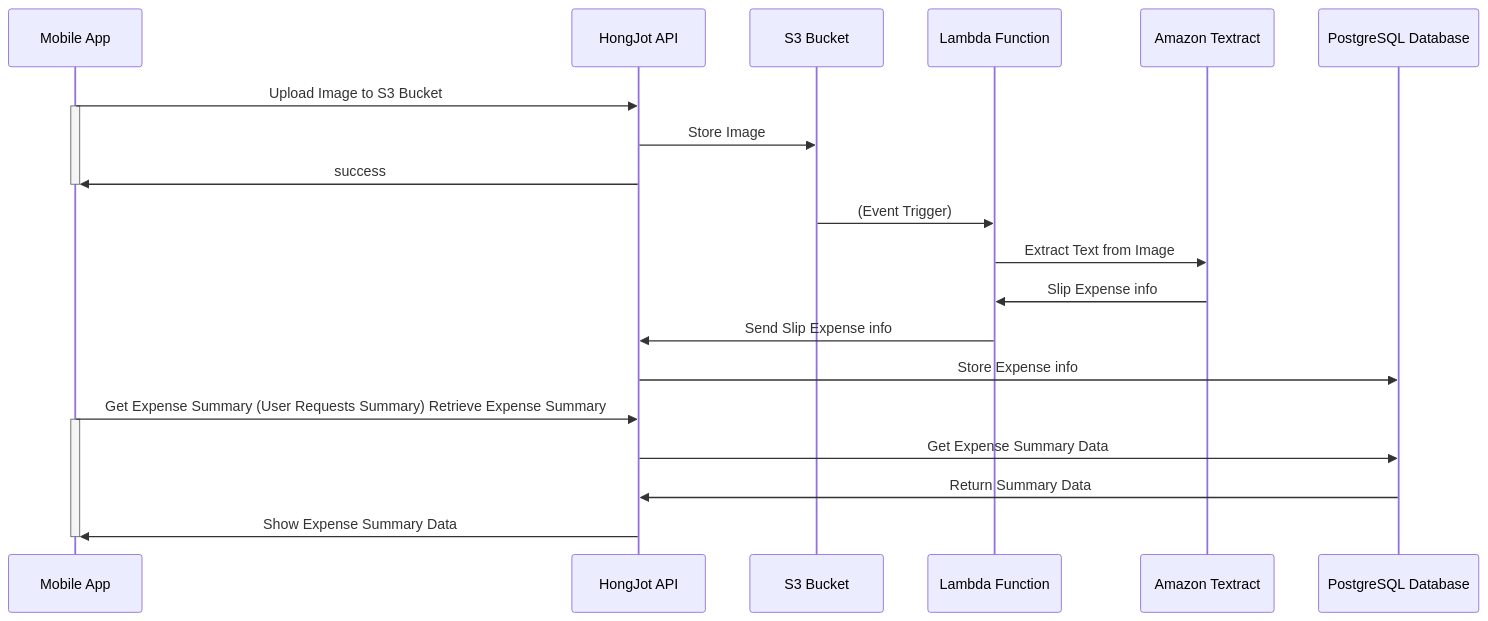
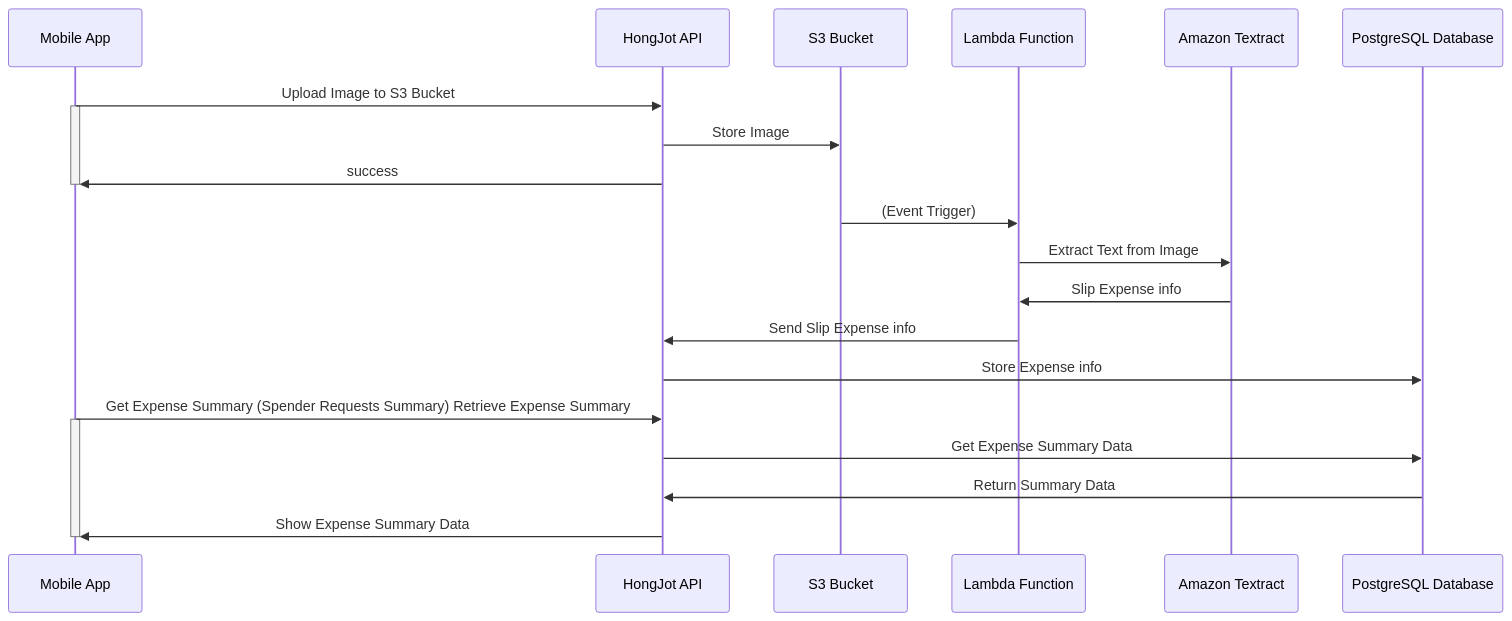
One commit to KKGo-Software-engineering/workshop-summer changed the diagram in Backlog.md. Above: the diagram before and after it, drawn with Mermaid. The commit also changed other lines of this file and 8 other files, not shown here.

Commit message:
rename user to spender

````diff
--- a/Backlog.md
+++ b/Backlog.md
@@ -444,21 +444,21 @@
 ```mermaid
 sequenceDiagram
   Mobile App->>HongJot API: Upload Image to S3 Bucket
   activate Mobile App
   HongJot API->>S3 Bucket: Store Image
   HongJot API->>Mobile App: success
   deactivate Mobile App
   S3 Bucket->>Lambda Function: (Event Trigger)
   Lambda Function->>Amazon Textract: Extract Text from Image
   Amazon Textract->>Lambda Function: Slip Expense info
   Lambda Function->>HongJot API: Send Slip Expense info
   HongJot API->>PostgreSQL Database: Store Expense info
 
 
-  Mobile App->>HongJot API: Get Expense Summary (User Requests Summary) Retrieve Expense Summary
+  Mobile App->>HongJot API: Get Expense Summary (Spender Requests Summary) Retrieve Expense Summary
   activate Mobile App
   HongJot API->>PostgreSQL Database: Get Expense Summary Data
   PostgreSQL Database->>HongJot API: Return Summary Data
   HongJot API->>Mobile App: Show Expense Summary Data
   deactivate Mobile App
 ```
````
